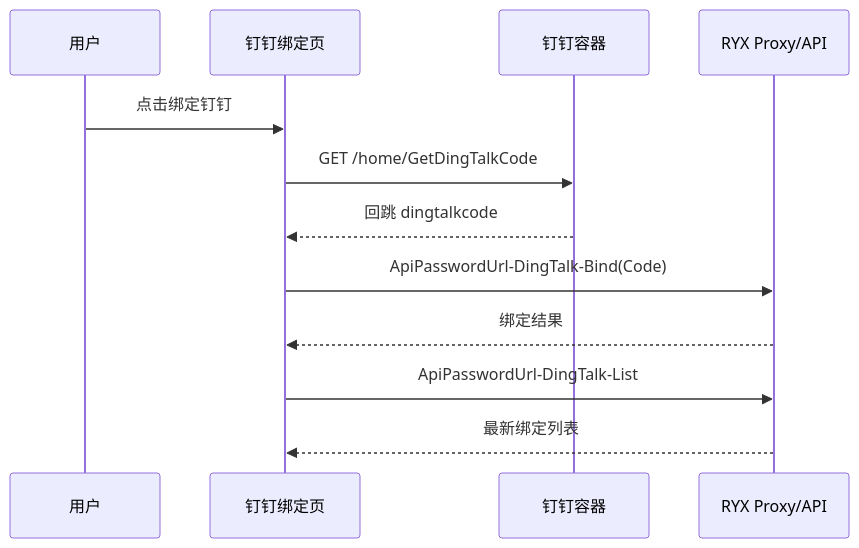
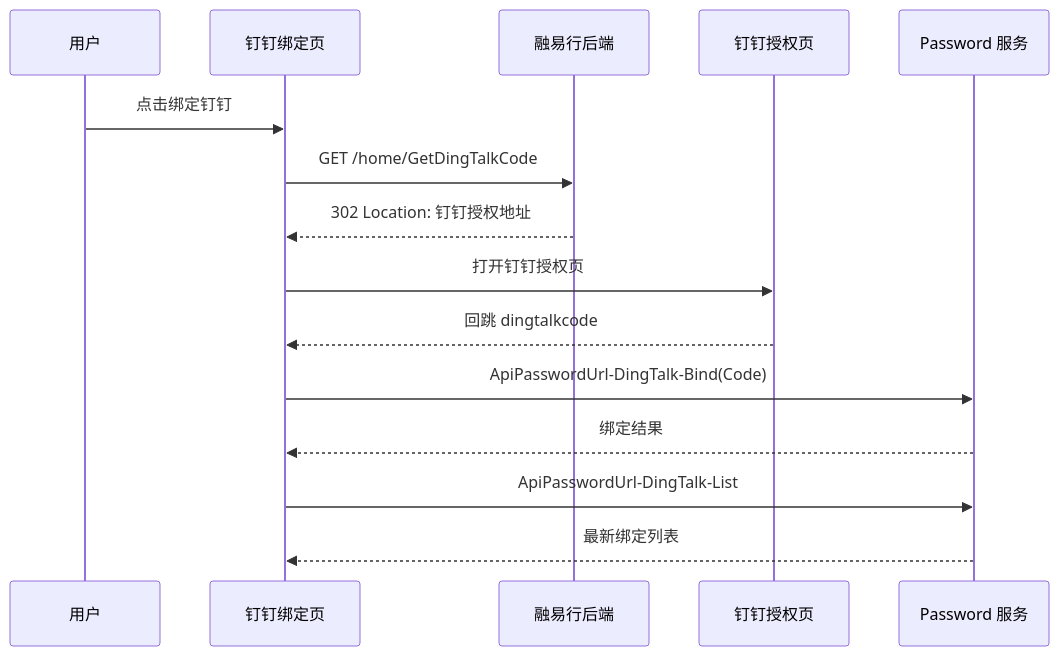
Before and after one commit to LeeDewyze/rongyixing-monorepo: the second of 5 diagrams in docs/ryx/钉钉登录技术方案.md, drawn with Mermaid. The commit also changed other lines of this file and 1847 other files, not shown here.

First line of the commit message:
fix(dingtalk): align legacy callback binding flow

````diff
--- a/docs/ryx/钉钉登录技术方案.md
+++ b/docs/ryx/钉钉登录技术方案.md
@@ -166,15 +166,18 @@
 ```mermaid
 sequenceDiagram
     participant U as 用户
     participant B as 钉钉绑定页
-    participant D as 钉钉容器
-    participant G as RYX Proxy/API
+    participant R as 融易行后端
+    participant D as 钉钉授权页
+    participant G as Password 服务
 
     U->>B: 点击绑定钉钉
-    B->>D: GET /home/GetDingTalkCode
+    B->>R: GET /home/GetDingTalkCode
+    R-->>B: 302 Location: 钉钉授权地址
+    B->>D: 打开钉钉授权页
     D-->>B: 回跳 dingtalkcode
     B->>G: ApiPasswordUrl-DingTalk-Bind(Code)
     G-->>B: 绑定结果
     B->>G: ApiPasswordUrl-DingTalk-List
     G-->>B: 最新绑定列表
 ```
````
